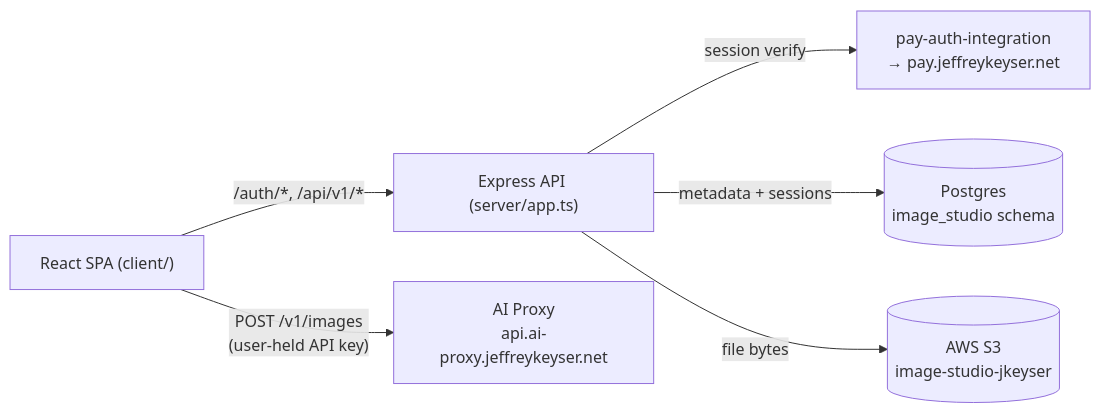
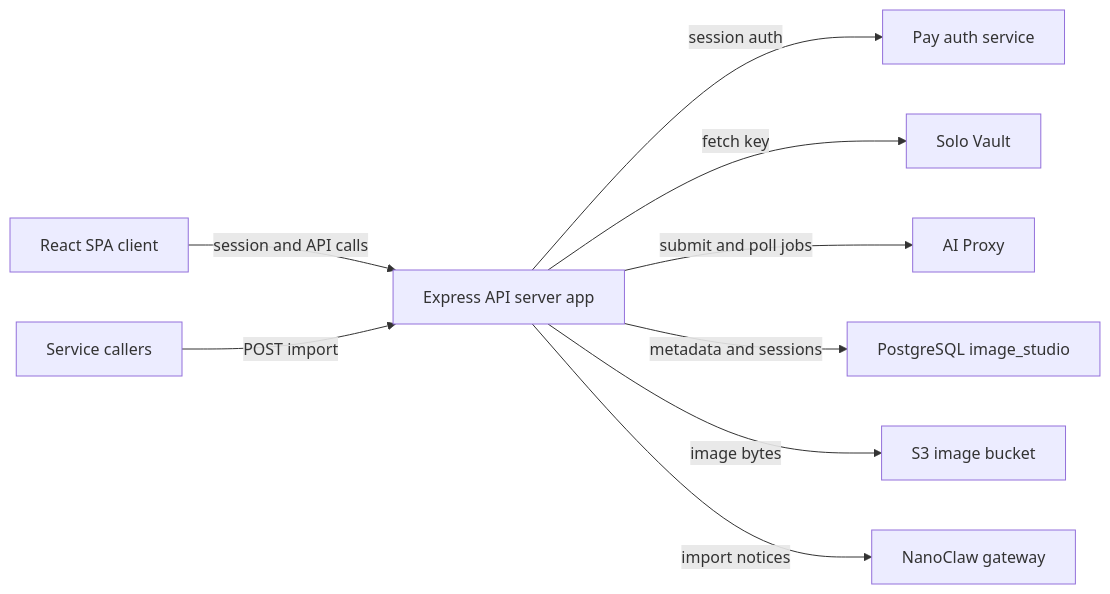
The diagram in content/repos/Jeffrey-Keyser-image-studio/Architecture.md (Jeffrey-Keyser/project-wiki), drawn with Mermaid before and after one commit. The commit also changed other lines of this file and 150 other files, not shown here.

````diff
--- a/content/repos/Jeffrey-Keyser-image-studio/Architecture.md
+++ b/content/repos/Jeffrey-Keyser-image-studio/Architecture.md
@@ -10,15 +10,21 @@
 ```mermaid
 flowchart LR
-  Browser["React SPA (client/)"]
-  API["Express API (server/app.ts)"]
-  PayAuth["pay-auth-integration<br/>→ pay.jeffreykeyser.net"]
-  AIP["AI Proxy<br/>api.ai-proxy.jeffreykeyser.net"]
-  PG[("Postgres<br/>image_studio schema")]
-  S3[("AWS S3<br/>image-studio-jkeyser")]
+  browser["React SPA client"]
+  api["Express API server app"]
+  pay["Pay auth service"]
+  vault["Solo Vault"]
+  proxy["AI Proxy"]
+  db["PostgreSQL image_studio"]
+  s3["S3 image bucket"]
+  nano["NanoClaw gateway"]
+  svc["Service callers"]
 
-  Browser -- "/auth/*, /api/v1/*" --> API
-  Browser -- "POST /v1/images<br/>(user-held API key)" --> AIP
-  API -- "session verify" --> PayAuth
-  API -- "metadata + sessions" --> PG
-  API -- "file bytes" --> S3
+  browser -- "session and API calls" --> api
+  api -- "session auth" --> pay
+  api -- "fetch key" --> vault
+  api -- "submit and poll jobs" --> proxy
+  api -- "metadata and sessions" --> db
+  api -- "image bytes" --> s3
+  api -- "import notices" --> nano
+  svc -- "POST import" --> api
 ```
````
